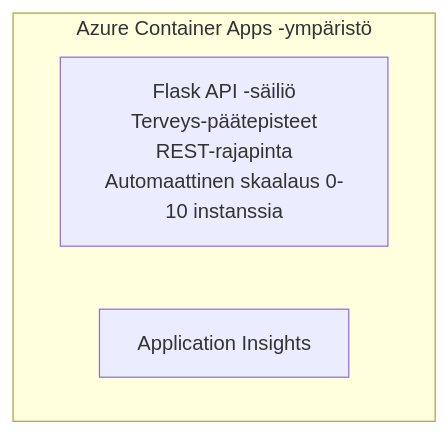
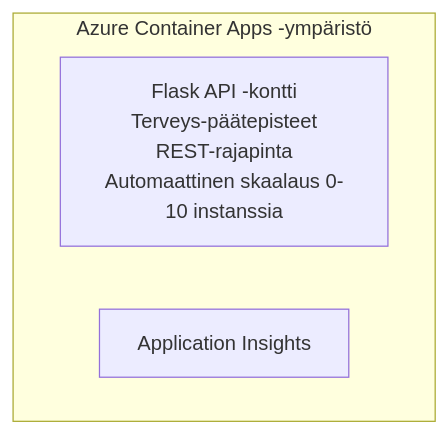
One commit to microsoft/AZD-for-beginners changed the diagram in translations/fi/examples/container-app/simple-flask-api/README.md. Above: the diagram before and after it, drawn with Mermaid. The commit also changed other lines of this file and 104 other files, not shown here.

````diff
--- a/translations/fi/examples/container-app/simple-flask-api/README.md
+++ b/translations/fi/examples/container-app/simple-flask-api/README.md
@@ -26,7 +26,7 @@
 ```mermaid
 graph TD
     subgraph ACA[Azure Container Apps -ympäristö]
-        Flask[Flask API -säiliö<br/>Terveys-päätepisteet<br/>REST-rajapinta<br/>Automaattinen skaalaus 0-10 instanssia]
+        Flask[Flask API -kontti<br/>Terveys-päätepisteet<br/>REST-rajapinta<br/>Automaattinen skaalaus 0-10 instanssia]
         AppInsights[Application Insights]
     end
 ```
````
